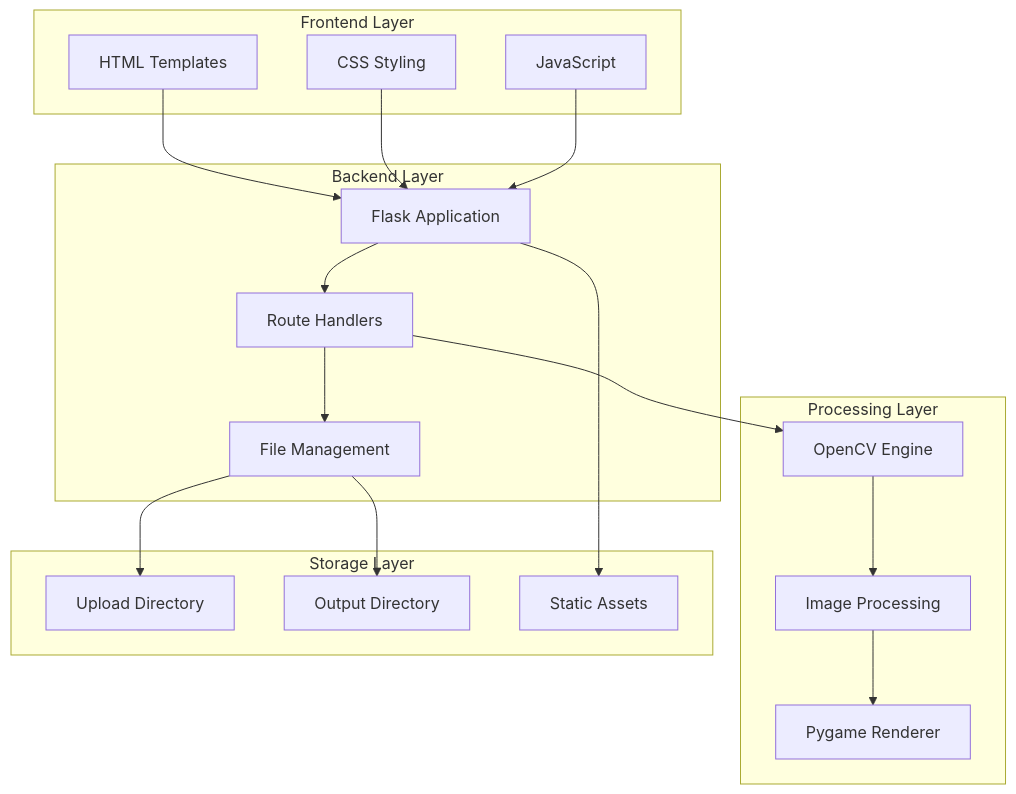
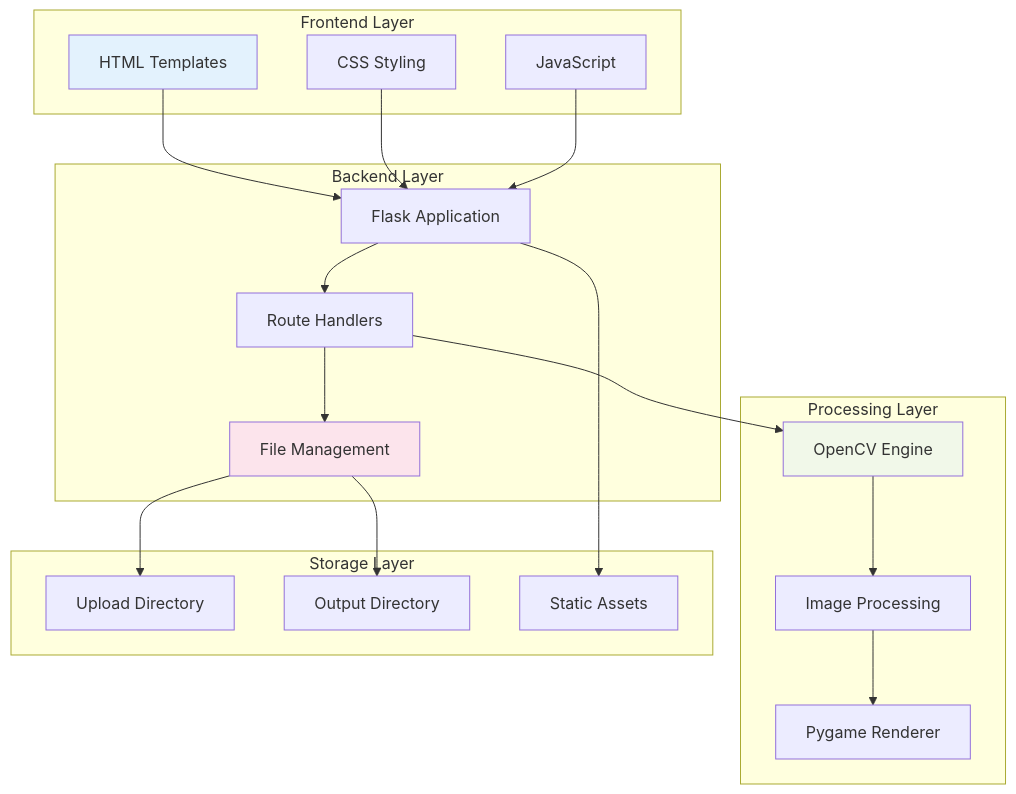
One commit to devtitus/DoodlePic-Project changed the second of 4 diagrams in README.md. Above: the diagram before and after it, drawn with Mermaid. The commit also changed other lines of this file and 13 other files, not shown here.

````diff
--- a/README.md
+++ b/README.md
@@ -66,38 +71,42 @@
 ```mermaid
 graph TB
     subgraph "Frontend Layer"
         A[HTML Templates]
         B[CSS Styling]
         C[JavaScript]
     end
 
     subgraph "Backend Layer"
         D[Flask Application]
         E[Route Handlers]
         F[File Management]
     end
 
     subgraph "Processing Layer"
         G[OpenCV Engine]
         H[Image Processing]
         I[Pygame Renderer]
     end
 
     subgraph "Storage Layer"
         J[Upload Directory]
         K[Output Directory]
         L[Static Assets]
     end
 
     A --> D
     B --> D
     C --> D
     D --> E
     E --> F
     E --> G
     G --> H
     H --> I
     F --> J
     F --> K
     D --> L
+
+    style A fill:#e3f2fd
+    style G fill:#f1f8e9
+    style F fill:#fce4ec
 ```
````
